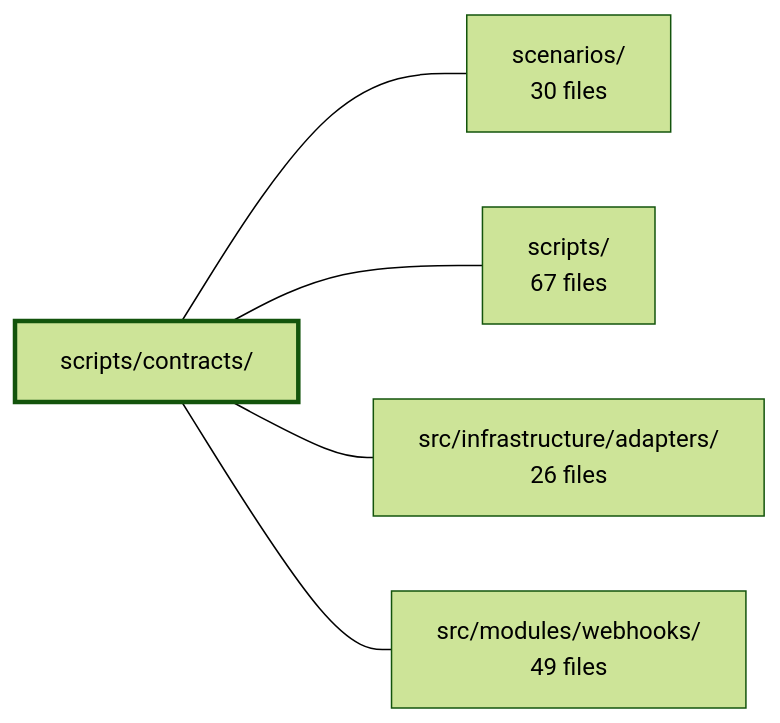
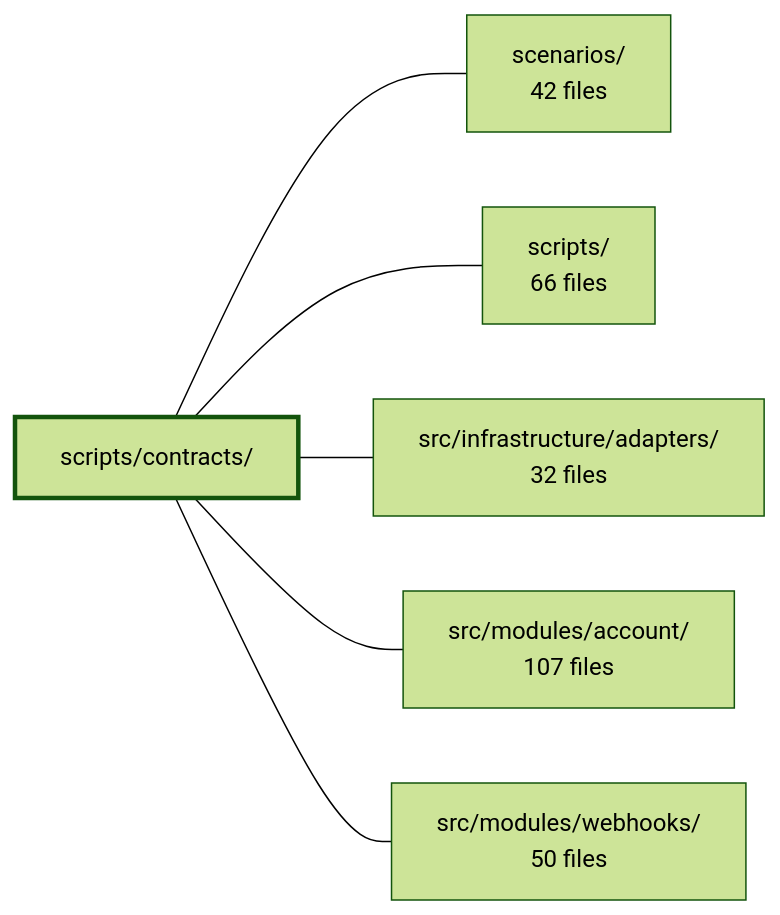
One commit to Guebbit/boilerplate-node-backend changed the diagram in .2brain/modules/boilerplate-node-backend_scripts_contracts.md. Above: the diagram before and after it, drawn with Mermaid (forest theme). The commit also changed other lines of this file and 106 other files, not shown here.

````diff
--- a/.2brain/modules/boilerplate-node-backend_scripts_contracts.md
+++ b/.2brain/modules/boilerplate-node-backend_scripts_contracts.md
@@ -40,13 +40,15 @@
 ```mermaid
 flowchart LR
     m_scripts_contracts["scripts/contracts/"]
-    m_scenarios["scenarios/<br/>30 files"]
-    m_scripts["scripts/<br/>67 files"]
-    m_src_infrastructure_adapters["src/infrastructure/adapters/<br/>26 files"]
-    m_src_modules_webhooks["src/modules/webhooks/<br/>49 files"]
+    m_scenarios["scenarios/<br/>42 files"]
+    m_scripts["scripts/<br/>66 files"]
+    m_src_infrastructure_adapters["src/infrastructure/adapters/<br/>32 files"]
+    m_src_modules_account["src/modules/account/<br/>107 files"]
+    m_src_modules_webhooks["src/modules/webhooks/<br/>50 files"]
     m_scripts_contracts --- m_scenarios
     m_scripts_contracts --- m_scripts
     m_scripts_contracts --- m_src_infrastructure_adapters
+    m_scripts_contracts --- m_src_modules_account
     m_scripts_contracts --- m_src_modules_webhooks
     style m_scripts_contracts stroke-width:3px
 ```
````
